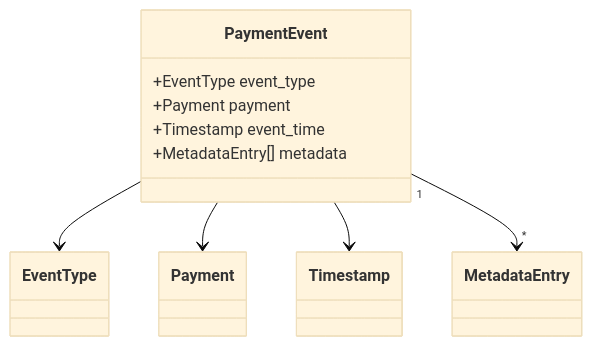
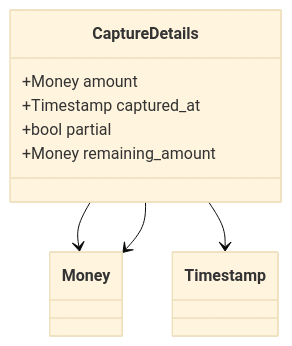
Diagram 37 of 44 in test-monorepo/docs/consolidated/PaymentService.md (kyivinua/root), drawn with Mermaid (base theme) before and after one commit. The commit also changed other lines of this file and 5 other files, not shown here.

````diff
--- a/test-monorepo/docs/consolidated/PaymentService.md
+++ b/test-monorepo/docs/consolidated/PaymentService.md
@@ -760,13 +1956,12 @@
 ```mermaid
 classDiagram
-    class PaymentEvent {
-        +EventType event_type
-        +Payment payment
-        +Timestamp event_time
-        +MetadataEntry[] metadata
+    class CaptureDetails {
+        +Money amount
+        +Timestamp captured_at
+        +bool partial
+        +Money remaining_amount
     }
-    PaymentEvent --> EventType
-    PaymentEvent --> Payment
-    PaymentEvent --> Timestamp
-    PaymentEvent "1" --> "*" MetadataEntry
+    CaptureDetails --> Money
+    CaptureDetails --> Timestamp
+    CaptureDetails --> Money
 ```
````
